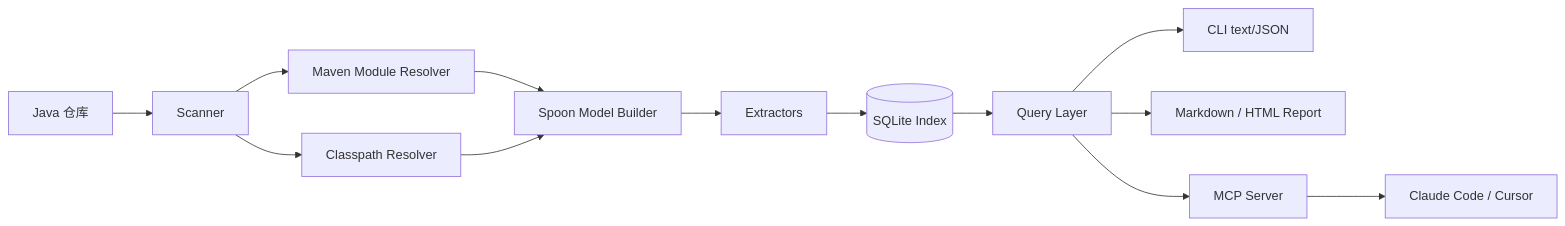
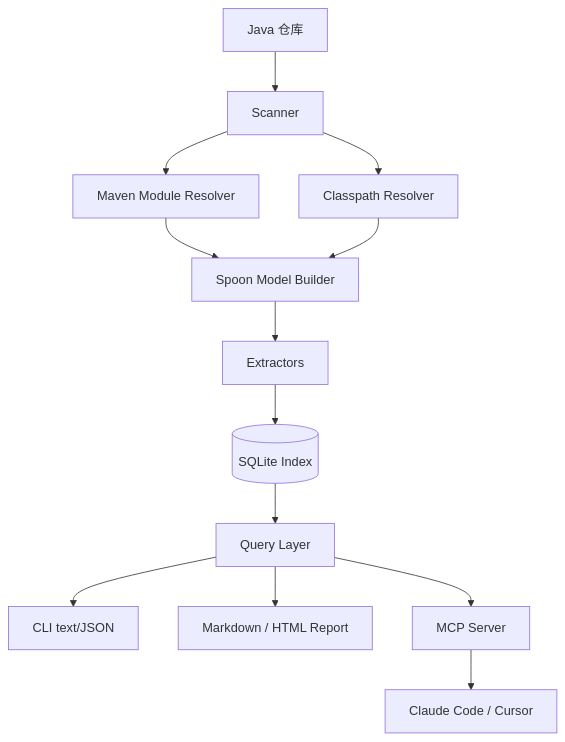
The first of 2 diagrams in src/content/documents/codeatomy/technical-spec.md (plvLY/PLV-Studio), drawn with Mermaid before and after one commit. The commit also changed other lines of this file and 40 other files, not shown here.

First line of the commit message:
feat: 重构首屏与信息架构，新增能力标签页与构建期架构图

````diff
--- a/src/content/documents/codeatomy/technical-spec.md
+++ b/src/content/documents/codeatomy/technical-spec.md
@@ -22,15 +22,16 @@
 ```mermaid
-flowchart LR
+%% caption: 扫描一次生成索引，查询阶段只读索引，再分别输出到 CLI / 报告 / MCP
+flowchart TD
     A[Java 仓库] --> B[Scanner]
     B --> C[Maven Module Resolver]
     B --> D[Classpath Resolver]
     C --> E[Spoon Model Builder]
     D --> E
     E --> F[Extractors]
     F --> G[(SQLite Index)]
     G --> H[Query Layer]
     H --> I[CLI text/JSON]
     H --> J[Markdown / HTML Report]
     H --> K[MCP Server]
     K --> L[Claude Code / Cursor]
 ```
````
